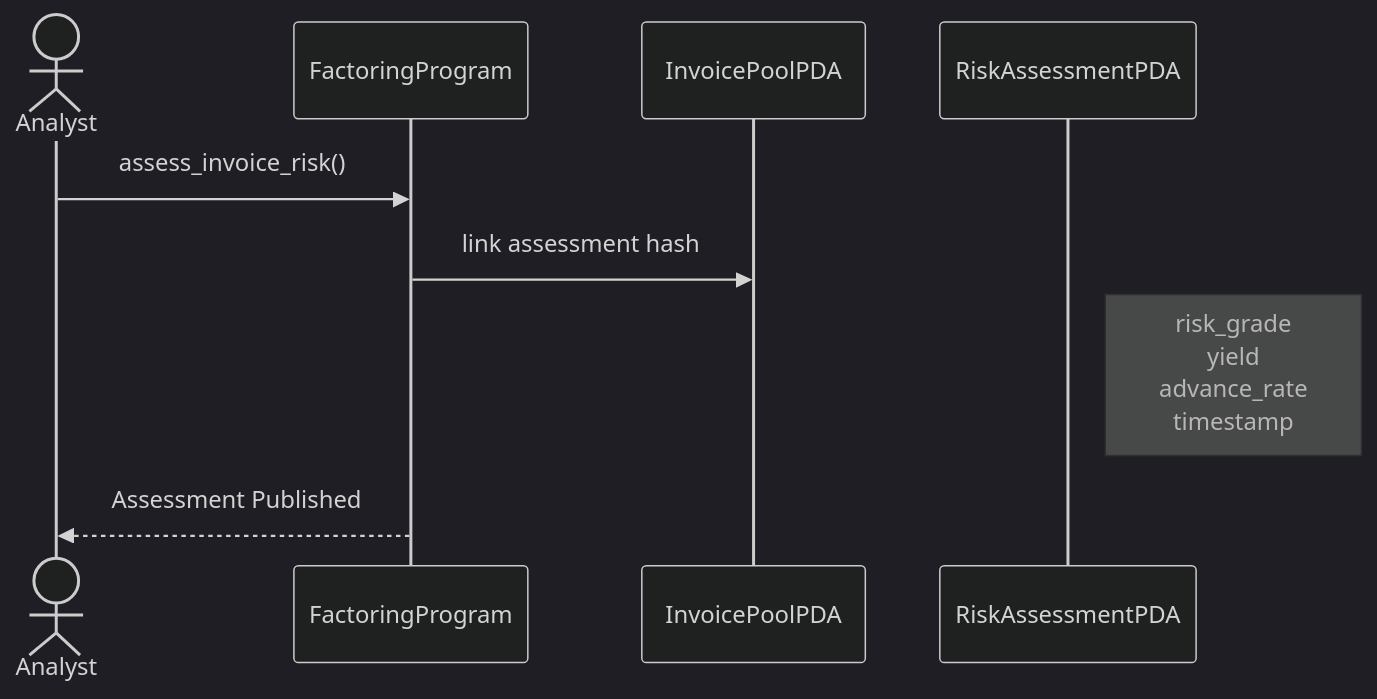
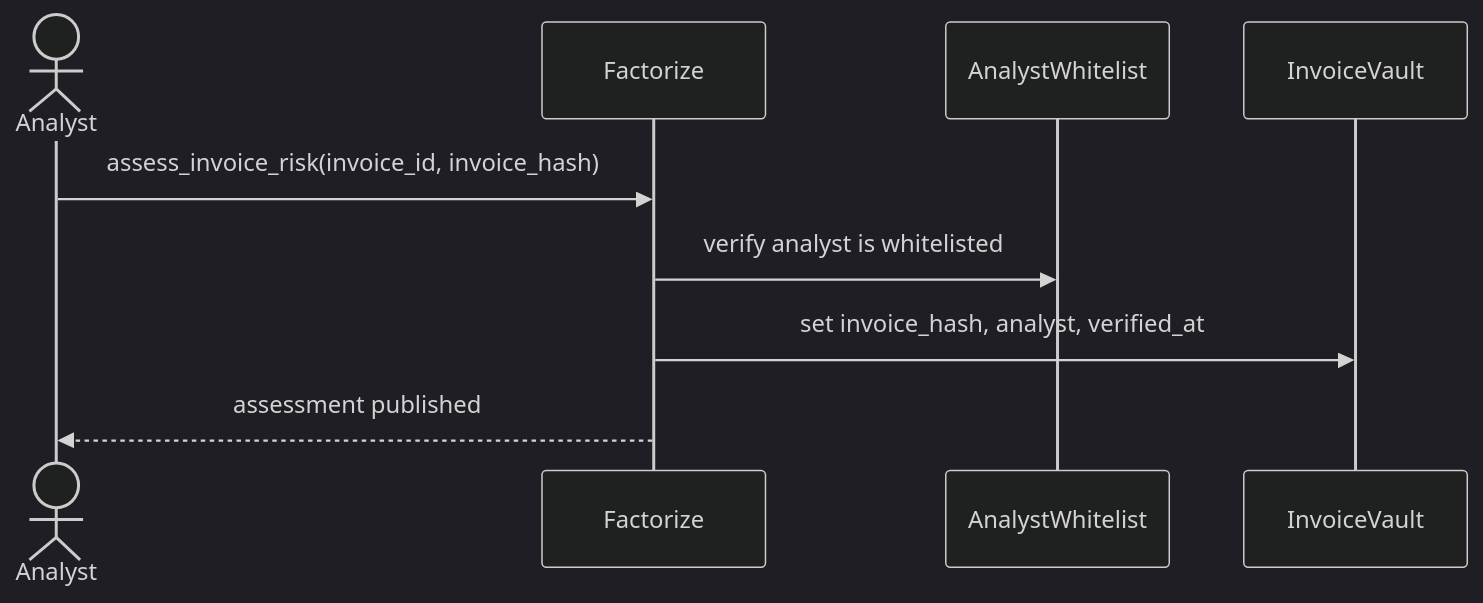
Before and after one commit to jhintux/factorize: the third of 6 diagrams in README.md, drawn with Mermaid (dark theme). The commit also changed other lines of this file and 47 other files, not shown here.

````diff
--- a/README.md
+++ b/README.md
@@ -36,17 +87,12 @@
 ```mermaid
 sequenceDiagram
+    actor Analyst
+    participant Factorize
+    participant AnalystWhitelist
+    participant InvoiceVault
 
-actor Analyst
-
-participant FactoringProgram
-
-participant InvoicePoolPDA
-
-Analyst->>FactoringProgram: assess_invoice_risk()
-
-FactoringProgram->>InvoicePoolPDA: link assessment hash
-
-Note right of RiskAssessmentPDA: risk_grade <br/> yield <br/> advance_rate <br/> timestamp
-
-FactoringProgram-->>Analyst: Assessment Published
+    Analyst->>Factorize: assess_invoice_risk(invoice_id, invoice_hash)
+    Factorize->>AnalystWhitelist: verify analyst is whitelisted
+    Factorize->>InvoiceVault: set invoice_hash, analyst, verified_at
+    Factorize-->>Analyst: assessment published
 ```
````
